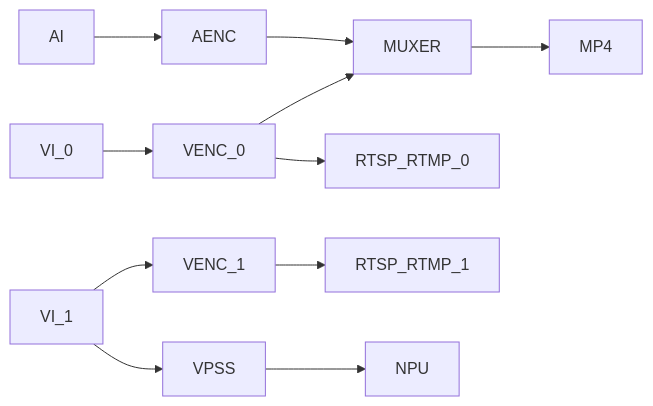
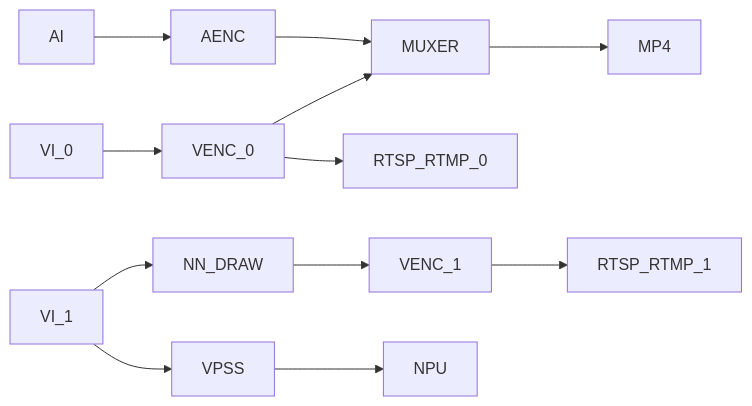
One commit to khadas/app_rkipc changed the first of 7 diagrams in Rockchip_Developer_Guide_Linux_RKIPC_CN.md. Above: the diagram before and after it, drawn with Mermaid. The commit also changed 1 other file, not shown here.

Commit message:
rv1106_ipc: no draw when enable_npu = 0

````diff
--- a/Rockchip_Developer_Guide_Linux_RKIPC_CN.md
+++ b/Rockchip_Developer_Guide_Linux_RKIPC_CN.md
@@ -100,8 +100,8 @@
 ```mermaid
 graph LR
 	AI-->AENC-->MUXER-->MP4
 	VI_0-->VENC_0-->MUXER
 	VENC_0-->RTSP_RTMP_0
-	VI_1-->VENC_1-->RTSP_RTMP_1
+	VI_1-->NN_DRAW-->VENC_1-->RTSP_RTMP_1
 	VI_1-->VPSS-->NPU
 ```
````
